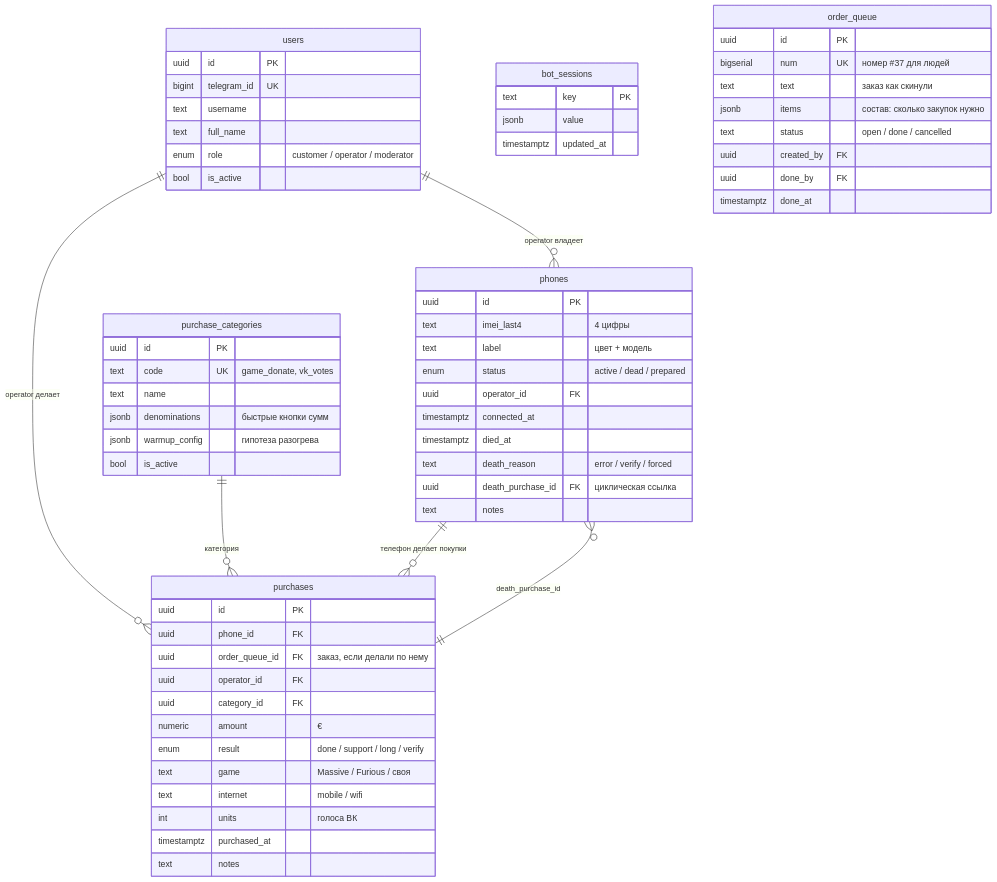
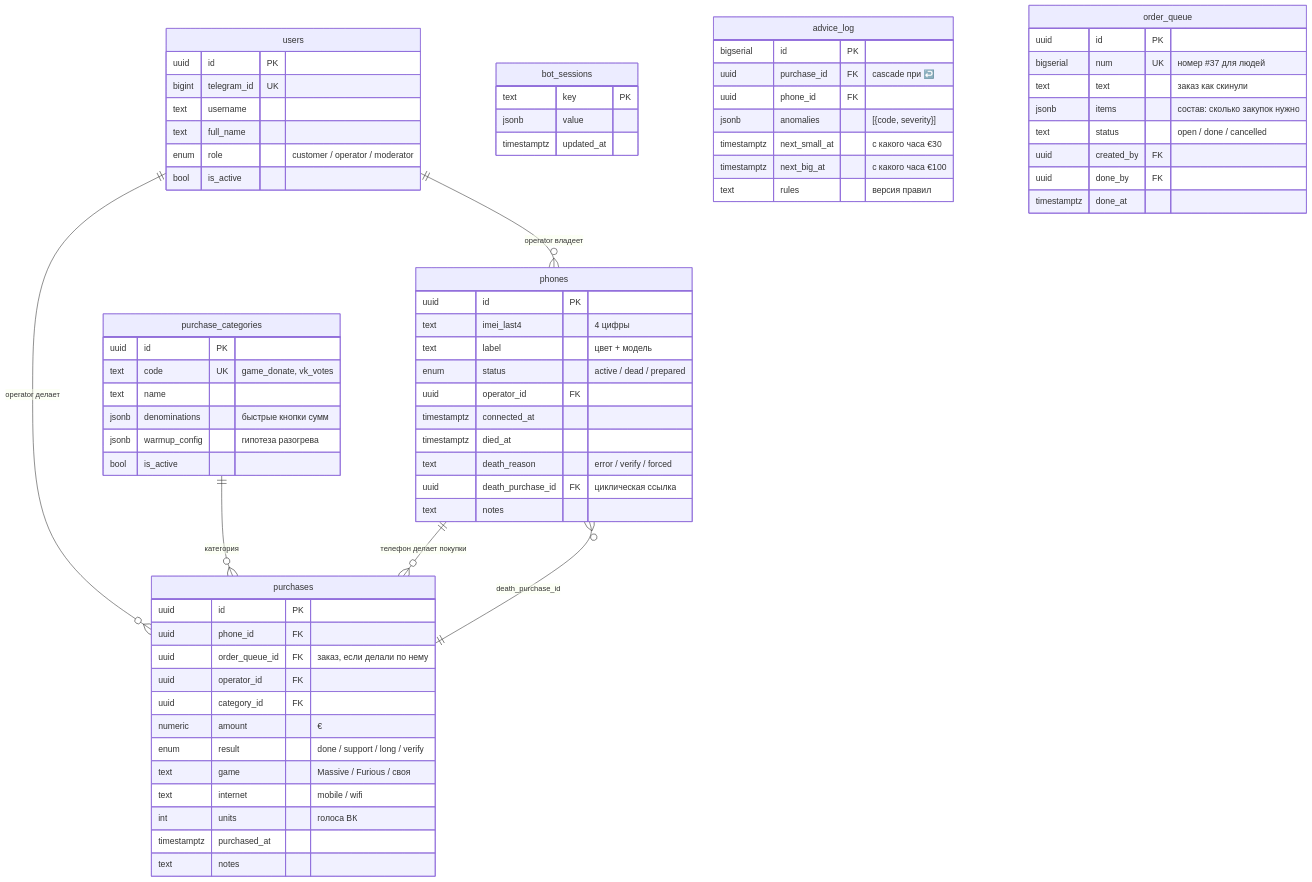
One commit to Diaman21/donat-system changed the diagram in docs/db-schema.md. Above: the diagram before and after it, drawn with Mermaid. The commit also changed other lines of this file and 6 other files, not shown here.

````diff
--- a/docs/db-schema.md
+++ b/docs/db-schema.md
@@ -32,71 +33,81 @@
 ```mermaid
 erDiagram
     users ||--o{ purchases : "operator делает"
     users ||--o{ phones : "operator владеет"
     purchase_categories ||--o{ purchases : "категория"
     phones ||--o{ purchases : "телефон делает покупки"
     phones }o--|| purchases : "death_purchase_id"
 
     users {
         uuid id PK
         bigint telegram_id UK
         text username
         text full_name
         enum role "customer / operator / moderator"
         bool is_active
     }
 
     purchase_categories {
         uuid id PK
         text code UK "game_donate, vk_votes"
         text name
         jsonb denominations "быстрые кнопки сумм"
         jsonb warmup_config "гипотеза разогрева"
         bool is_active
     }
 
     phones {
         uuid id PK
         text imei_last4 "4 цифры"
         text label "цвет + модель"
         enum status "active / dead / prepared"
         uuid operator_id FK
         timestamptz connected_at
         timestamptz died_at
         text death_reason "error / verify / forced"
         uuid death_purchase_id FK "циклическая ссылка"
         text notes
     }
 
     purchases {
         uuid id PK
         uuid phone_id FK
         uuid order_queue_id FK "заказ, если делали по нему"
         uuid operator_id FK
         uuid category_id FK
         numeric amount "€"
         enum result "done / support / long / verify"
         text game "Massive / Furious / своя"
         text internet "mobile / wifi"
         int units "голоса ВК"
         timestamptz purchased_at
         text notes
     }
 
     bot_sessions {
         text key PK
         jsonb value
         timestamptz updated_at
     }
 
+    advice_log {
+        bigserial id PK
+        uuid purchase_id FK "cascade при ↩️"
+        uuid phone_id FK
+        jsonb anomalies "[{code, severity}]"
+        timestamptz next_small_at "с какого часа €30"
+        timestamptz next_big_at "с какого часа €100"
+        text rules "версия правил"
+    }
+
     order_queue {
         uuid id PK
         bigserial num UK "номер #37 для людей"
         text text "заказ как скинули"
         jsonb items "состав: сколько закупок нужно"
         text status "open / done / cancelled"
         uuid created_by FK
         uuid done_by FK
         timestamptz done_at
     }
 ```
````
